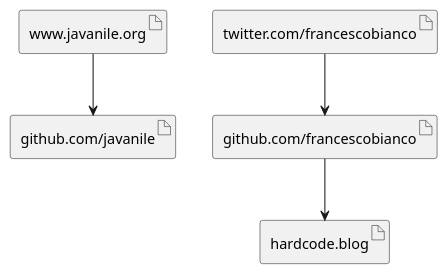
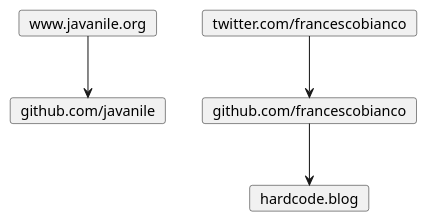
The diagram in docs/assets.puml (francescobianco/assets), drawn with PlantUML before and after one commit.

```diff
--- a/docs/assets.puml
+++ b/docs/assets.puml
@@ -1,22 +1,22 @@
 @startuml
 skinparam backgroundcolor transparent
 
 '== Assets =='
 
 '-- Javanile --'
-artifact "www.javanile.org"
-artifact "github.com/javanile"
+card "www.javanile.org"
+card "github.com/javanile"
 
 '-- Francesco Bianco --'
-artifact "github.com/francescobianco"
-artifact "twitter.com/francescobianco"
-artifact "hardcode.blog"
+card "github.com/francescobianco"
+card "twitter.com/francescobianco"
+card "hardcode.blog"
 
 '== Connections =='
 
 [www.javanile.org] --> [github.com/javanile]
 [twitter.com/francescobianco] --> [github.com/francescobianco]
 
 [github.com/francescobianco] --> [hardcode.blog]
 
 @enduml
```
